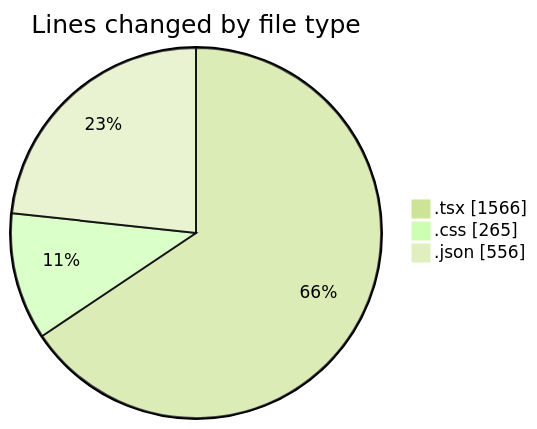
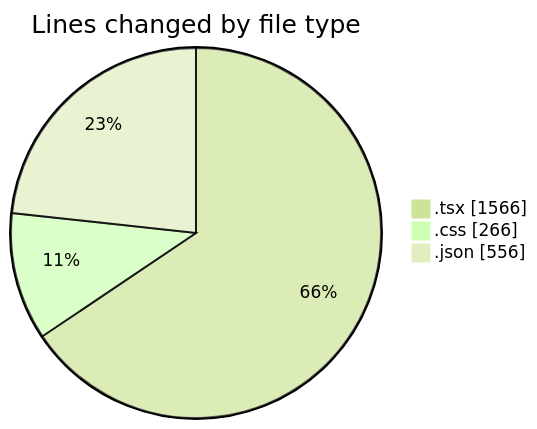
The first of 2 diagrams in 2025-08-04/tw-server/README.md (EIIisD/code-tracking), drawn with Mermaid (forest theme) before and after one commit. The commit also changed other lines of this file and 1 other file, not shown here.

````diff
--- a/2025-08-04/tw-server/README.md
+++ b/2025-08-04/tw-server/README.md
@@ -28,7 +28,7 @@
 ```mermaid
 pie showData
 title Lines changed by file type
 ".tsx" : 1566
-".css" : 265
+".css" : 266
 ".json" : 556
 ```
````
